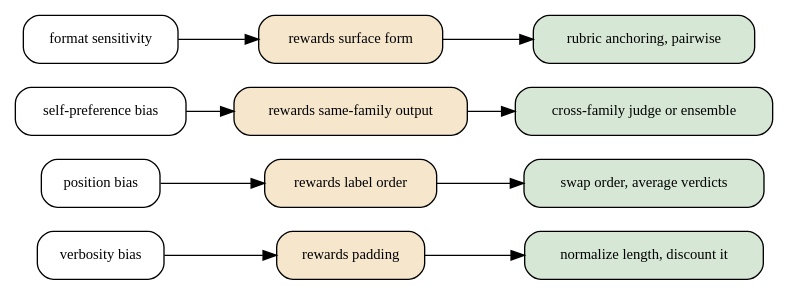
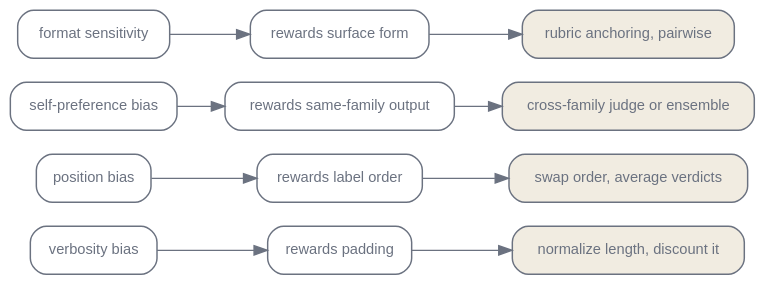
Before and after one commit to latere-ai/ai-as-an-infrastructure: the first of 3 diagrams in en/p6-evaluation/28-judging-holistic.qmd, drawn with Graphviz. The commit also changed 186 other files, not shown here.

First line of the commit message:
book: visual audit pass on all diagrams and figures

````diff
--- a/en/p6-evaluation/28-judging-holistic.qmd
+++ b/en/p6-evaluation/28-judging-holistic.qmd
@@ -34,31 +34,33 @@
 ```{dot}
 //| label: fig-judging-holistic-biases
 //| fig-cap: "Each judge bias maps to a property a model can learn to exploit and to the mitigation that closes it. Format bias has no dedicated mitigation in this chapter; rubric anchoring and pairwise comparison are the cross-cutting defenses."
 digraph judge_bias {
+  bgcolor="transparent";
   rankdir=LR;
-  node [shape=box, style=rounded, fontsize=11];
+  node [shape=box, style=rounded, fontsize=11, fontname="Helvetica", color="#6b7280", fontcolor="#6b7280", penwidth=1.1];
+  edge [color="#6b7280", fontcolor="#6b7280"];
   { rank=same; b1; b2; b3; b4; }
   { rank=same; e1; e2; e3; e4; }
   { rank=same; m1; m2; m3; m4; }
 
   b1 [label="verbosity bias"];
   b2 [label="position bias"];
   b3 [label="self-preference bias"];
   b4 [label="format sensitivity"];
 
-  e1 [label="rewards padding", style="rounded,filled", fillcolor="#f5e6cc"];
-  e2 [label="rewards label order", style="rounded,filled", fillcolor="#f5e6cc"];
-  e3 [label="rewards same-family output", style="rounded,filled", fillcolor="#f5e6cc"];
-  e4 [label="rewards surface form", style="rounded,filled", fillcolor="#f5e6cc"];
+  e1 [label="rewards padding"];
+  e2 [label="rewards label order"];
+  e3 [label="rewards same-family output"];
+  e4 [label="rewards surface form"];
 
-  m1 [label="normalize length, discount it", style="rounded,filled", fillcolor="#d6e8d5"];
-  m2 [label="swap order, average verdicts", style="rounded,filled", fillcolor="#d6e8d5"];
-  m3 [label="cross-family judge or ensemble", style="rounded,filled", fillcolor="#d6e8d5"];
-  m4 [label="rubric anchoring, pairwise", style="rounded,filled", fillcolor="#d6e8d5"];
+  m1 [label="normalize length, discount it", style="rounded,filled", fillcolor="#f1ece1"];
+  m2 [label="swap order, average verdicts", style="rounded,filled", fillcolor="#f1ece1"];
+  m3 [label="cross-family judge or ensemble", style="rounded,filled", fillcolor="#f1ece1"];
+  m4 [label="rubric anchoring, pairwise", style="rounded,filled", fillcolor="#f1ece1"];
 
   b1 -> e1 -> m1;
   b2 -> e2 -> m2;
   b3 -> e3 -> m3;
   b4 -> e4 -> m4;
 }
 ```
````
